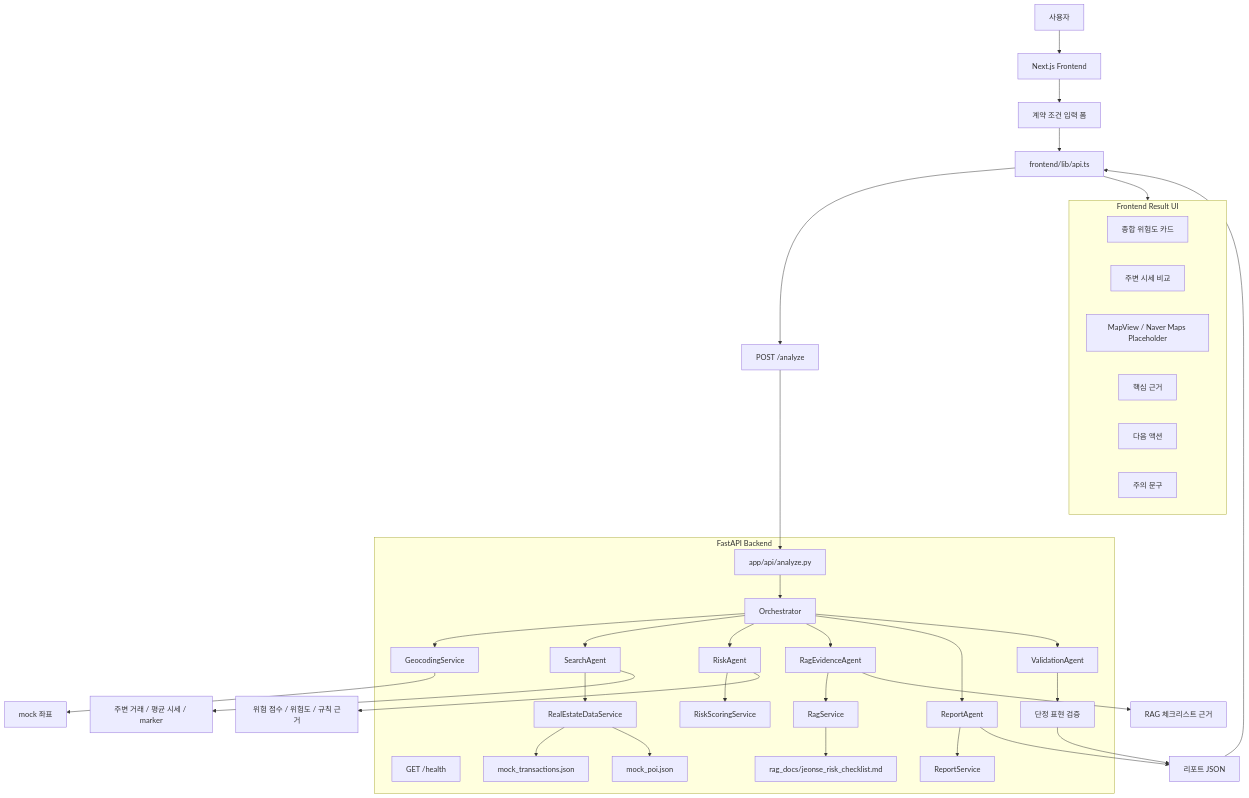
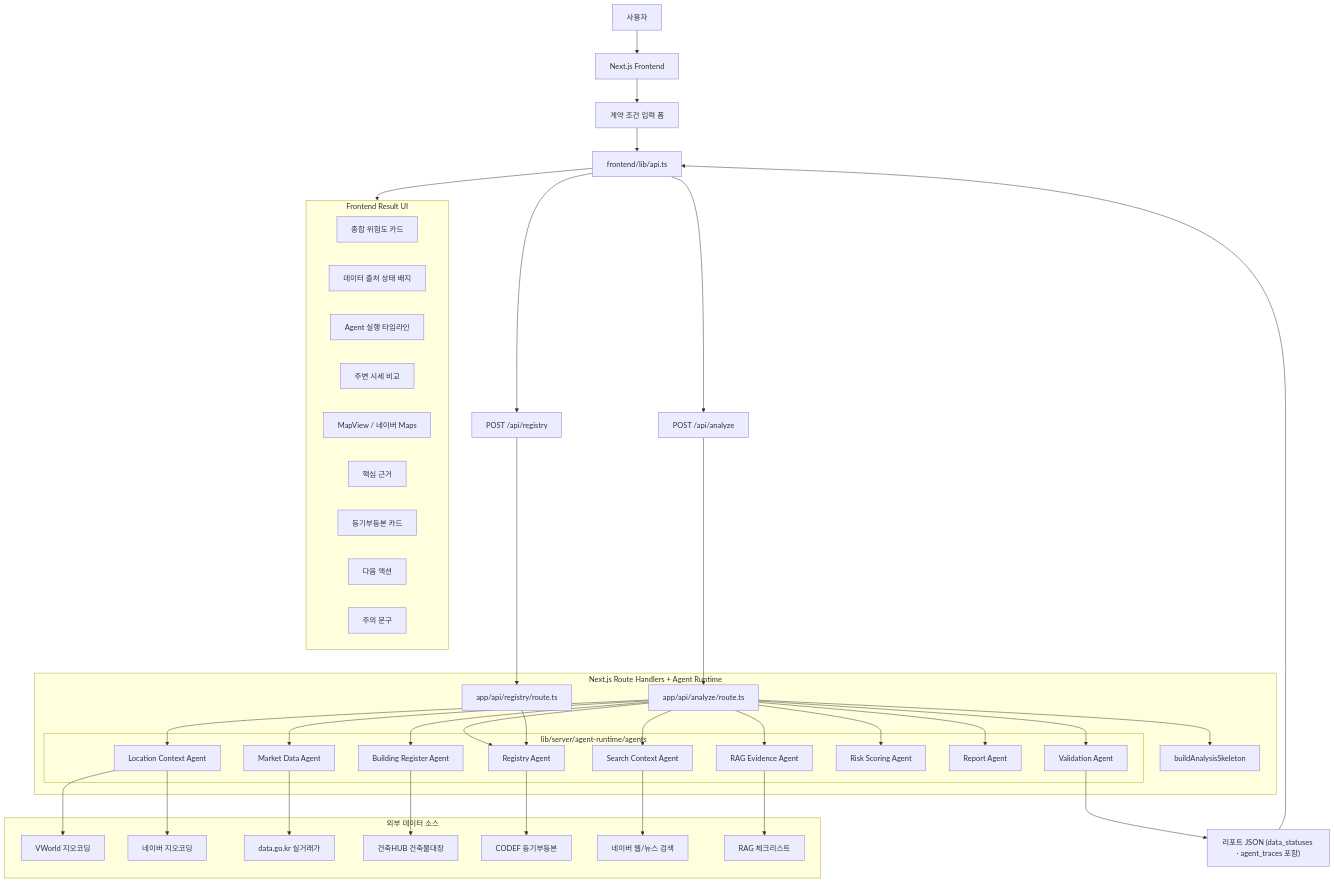
Before and after one commit to monglesb-ui/trustark: the first of 2 diagrams in realestate-rag-copilot/docs/TRUST_ARK_ARCHITECTURE_DIAGRAMS.md, drawn with Mermaid. The commit also changed other lines of this file and 37 other files, not shown here.

First line of the commit message:
refactor: consolidate analysis pipeline on next.js runtime

````diff
--- a/realestate-rag-copilot/docs/TRUST_ARK_ARCHITECTURE_DIAGRAMS.md
+++ b/realestate-rag-copilot/docs/TRUST_ARK_ARCHITECTURE_DIAGRAMS.md
@@ -5,55 +5,79 @@
 ```mermaid
 flowchart TD
     U["사용자"] --> FE["Next.js Frontend"]
 
     FE --> FORM["계약 조건 입력 폼"]
     FORM --> API_CLIENT["frontend/lib/api.ts"]
-    API_CLIENT --> ANALYZE["POST /analyze"]
+    API_CLIENT --> ANALYZE["POST /api/analyze"]
+    API_CLIENT --> REGISTRY_API["POST /api/registry"]
 
-    subgraph BACKEND["FastAPI Backend"]
-        HEALTH["GET /health"]
-        ANALYZE_ROUTE["app/api/analyze.py"]
+    subgraph RUNTIME["Next.js Route Handlers + Agent Runtime"]
+        ANALYZE_ROUTE["app/api/analyze/route.ts"]
+        REGISTRY_ROUTE["app/api/registry/route.ts"]
+        SKELETON["buildAnalysisSkeleton"]
 
-        ANALYZE_ROUTE --> ORCH["Orchestrator"]
+        ANALYZE_ROUTE --> SKELETON
 
-        ORCH --> GEO["GeocodingService"]
-        ORCH --> SEARCH["SearchAgent"]
-        ORCH --> RISK["RiskAgent"]
-        ORCH --> RAG["RagEvidenceAgent"]
-        ORCH --> REPORT["ReportAgent"]
-        ORCH --> VALIDATION["ValidationAgent"]
+        subgraph AGENTS["lib/server/agent-runtime/agents"]
+            RAG["RAG Evidence Agent"]
+            LOC["Location Context Agent"]
+            MARKET["Market Data Agent"]
+            BLDG["Building Register Agent"]
+            REG["Registry Agent"]
+            SEARCH["Search Context Agent"]
+            RISK["Risk Scoring Agent"]
+            REPORT["Report Agent"]
+            VALID["Validation Agent"]
+        end
 
-        SEARCH --> DATA_SERVICE["RealEstateDataService"]
-        DATA_SERVICE --> TX["mock_transactions.json"]
-        DATA_SERVICE --> POI["mock_poi.json"]
+        ANALYZE_ROUTE --> RAG
+        ANALYZE_ROUTE --> LOC
+        ANALYZE_ROUTE --> MARKET
+        ANALYZE_ROUTE --> BLDG
+        ANALYZE_ROUTE --> REG
+        ANALYZE_ROUTE --> SEARCH
+        ANALYZE_ROUTE --> RISK
+        ANALYZE_ROUTE --> REPORT
+        ANALYZE_ROUTE --> VALID
 
-        RISK --> SCORE["RiskScoringService"]
-        RAG --> RAG_SERVICE["RagService"]
-        RAG_SERVICE --> DOCS["rag_docs/jeonse_risk_checklist.md"]
-
-        REPORT --> REPORT_SERVICE["ReportService"]
-        VALIDATION --> SAFE["단정 표현 검증"]
+        REGISTRY_ROUTE --> REG
     end
 
+    subgraph EXT["외부 데이터 소스"]
+        VWORLD["VWorld 지오코딩"]
+        NAVER_GEO["네이버 지오코딩"]
+        DATA_GO_KR["data.go.kr 실거래가"]
+        BUILDING_HUB["건축HUB 건축물대장"]
+        CODEF["CODEF 등기부등본"]
+        NAVER_SEARCH["네이버 웹/뉴스 검색"]
+        RAG_DOCS["RAG 체크리스트"]
+    end
+
+    LOC --> VWORLD
+    LOC --> NAVER_GEO
+    MARKET --> DATA_GO_KR
+    BLDG --> BUILDING_HUB
+    REG --> CODEF
+    SEARCH --> NAVER_SEARCH
+    RAG --> RAG_DOCS
+
     ANALYZE --> ANALYZE_ROUTE
+    REGISTRY_API --> REGISTRY_ROUTE
 
-    GEO --> LOCATION["mock 좌표"]
-    SEARCH --> MARKET["주변 거래 / 평균 시세 / marker"]
-    RISK --> RISK_RESULT["위험 점수 / 위험도 / 규칙 근거"]
-    RAG --> EVIDENCE["RAG 체크리스트 근거"]
-    REPORT --> JSON["리포트 JSON"]
-    SAFE --> JSON
-
+    VALID --> JSON["리포트 JSON (data_statuses · agent_traces 포함)"]
     JSON --> API_CLIENT
 
     subgraph UI["Frontend Result UI"]
         RISK_CARD["종합 위험도 카드"]
+        STATUS_BADGES["데이터 출처 상태 배지"]
+        TRACE["Agent 실행 타임라인"]
         MARKET_CARD["주변 시세 비교"]
-        MAP["MapView / Naver Maps Placeholder"]
+        MAP["MapView / 네이버 Maps"]
         EVIDENCE_LIST["핵심 근거"]
+        REGISTRY_CARD["등기부등본 카드"]
         ACTIONS["다음 액션"]
         WARNINGS["주의 문구"]
     end
 
     API_CLIENT --> UI
 ```
````
